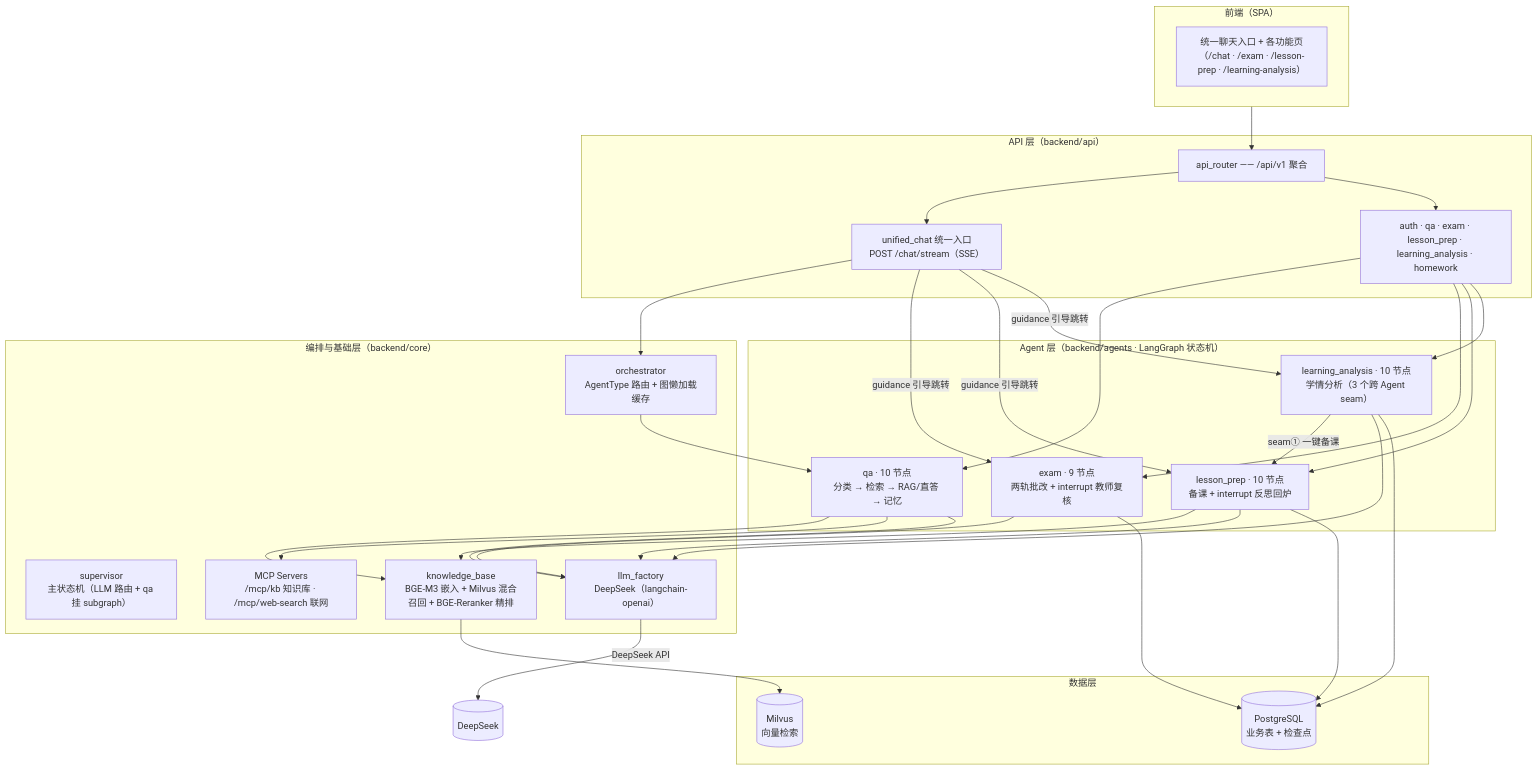
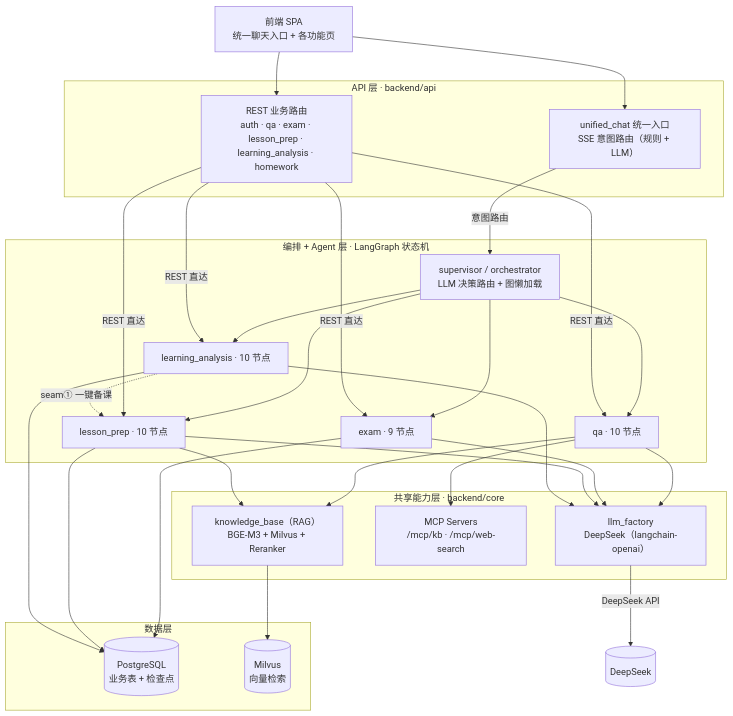
The diagram in README.md (QingShaoXing612/K12TutorAgent), drawn with Mermaid before and after one commit. The commit also changed other lines of this file and 1 other file, not shown here.

Commit message:
docs: 重绘系统架构图（SVG 美化）+ README 对齐实际实现

````diff
--- a/README.md
+++ b/README.md
@@ -11,45 +11,41 @@
 ```mermaid
 flowchart TB
-    subgraph FE["前端（SPA）"]
-        UI["统一聊天入口 + 各功能页<br/>（/chat · /exam · /lesson-prep · /learning-analysis）"]
+    FE["前端 SPA<br/>统一聊天入口 + 各功能页"]
+
+    subgraph API["API 层 · backend/api"]
+        UC["unified_chat 统一入口<br/>SSE 意图路由（规则 + LLM）"]
+        REST["REST 业务路由<br/>auth · qa · exam · lesson_prep · learning_analysis · homework"]
     end
 
-    subgraph API["API 层（backend/api）"]
-        R["api_router —— /api/v1 聚合"]
-        UC["unified_chat 统一入口<br/>POST /chat/stream（SSE）"]
-        A["auth · qa · exam · lesson_prep · learning_analysis · homework"]
+    subgraph AGENT["编排 + Agent 层 · LangGraph 状态机"]
+        SUP["supervisor / orchestrator<br/>LLM 决策路由 + 图懒加载"]
+        QA["qa · 10 节点"]
+        EX["exam · 9 节点"]
+        LP["lesson_prep · 10 节点"]
+        LA["learning_analysis · 10 节点"]
     end
 
-    subgraph CORE["编排与基础层（backend/core）"]
-        SUP["supervisor<br/>主状态机（LLM 路由 + qa 挂 subgraph）"]
-        O["orchestrator<br/>AgentType 路由 + 图懒加载缓存"]
-        KB["knowledge_base<br/>BGE-M3 嵌入 + Milvus 混合召回 + BGE-Reranker 精排"]
-        MCP["MCP Servers<br/>/mcp/kb 知识库 · /mcp/web-search 联网"]
+    subgraph CAP["共享能力层 · backend/core"]
+        KB["knowledge_base（RAG）<br/>BGE-M3 + Milvus + Reranker"]
+        MCP["MCP Servers<br/>/mcp/kb · /mcp/web-search"]
         LF["llm_factory<br/>DeepSeek（langchain-openai）"]
-    end
-
-    subgraph AG["Agent 层（backend/agents · LangGraph 状态机）"]
-        QA["qa · 10 节点<br/>分类 → 检索 → RAG/直答 → 记忆"]
-        EX["exam · 9 节点<br/>两轨批改 + interrupt 教师复核"]
-        LP["lesson_prep · 10 节点<br/>备课 + interrupt 反思回炉"]
-        LA["learning_analysis · 10 节点<br/>学情分析（3 个跨 Agent seam）"]
     end
 
     subgraph DATA["数据层"]
         PG[("PostgreSQL<br/>业务表 + 检查点")]
         MV[("Milvus<br/>向量检索")]
     end
 
-    FE --> R
-    R --> UC & A
-    UC --> O --> QA
-    UC -->|"guidance 引导跳转"| EX & LP & LA
-    A --> QA & EX & LP & LA
-    QA --> KB & MCP
+    FE --> UC & REST
+    UC -->|"意图路由"| SUP
+    SUP --> QA & EX & LP & LA
+    REST -->|"REST 直达"| QA & EX & LP & LA
+    QA --> KB
     LP --> KB
-    LA -->|"seam① 一键备课"| LP
+    QA --> MCP
+    QA & EX & LP & LA --> LF
     KB --> MV
-    QA & EX & LP & LA --> LF
     EX & LP & LA --> PG
     LF -->|"DeepSeek API"| EXT[("DeepSeek")]
+    LA -.->|"seam① 一键备课"| LP
 ```
````
